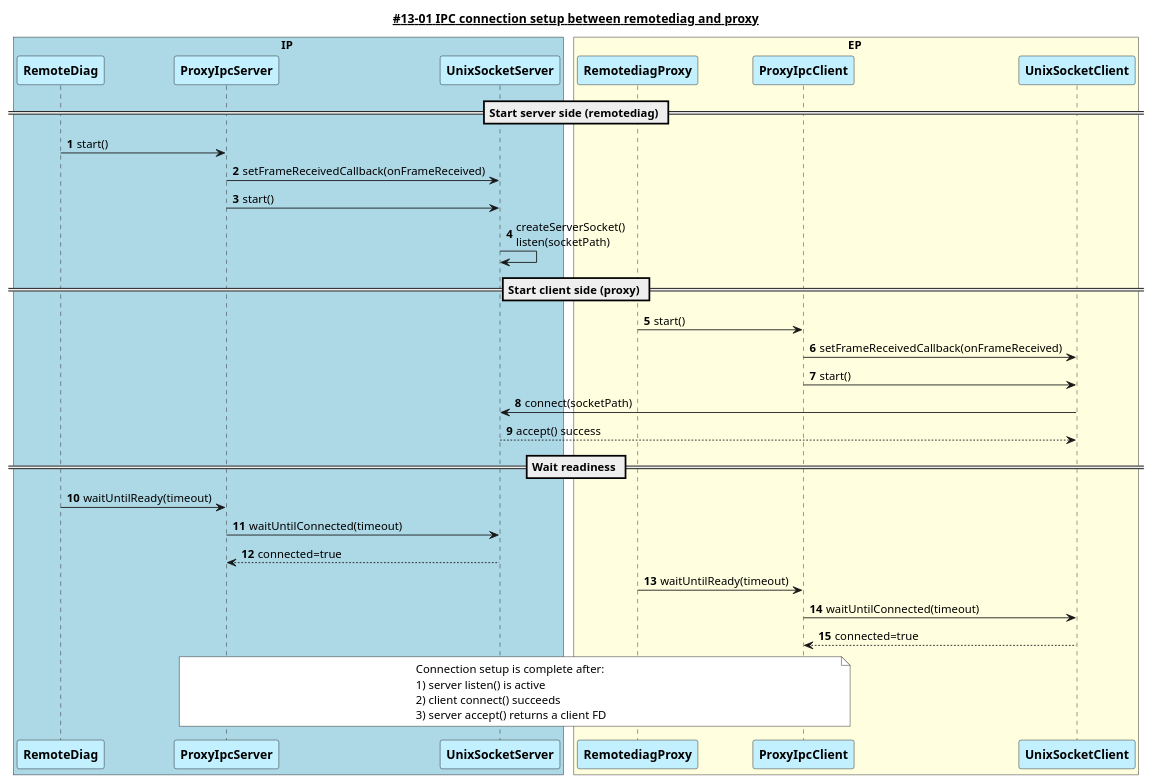
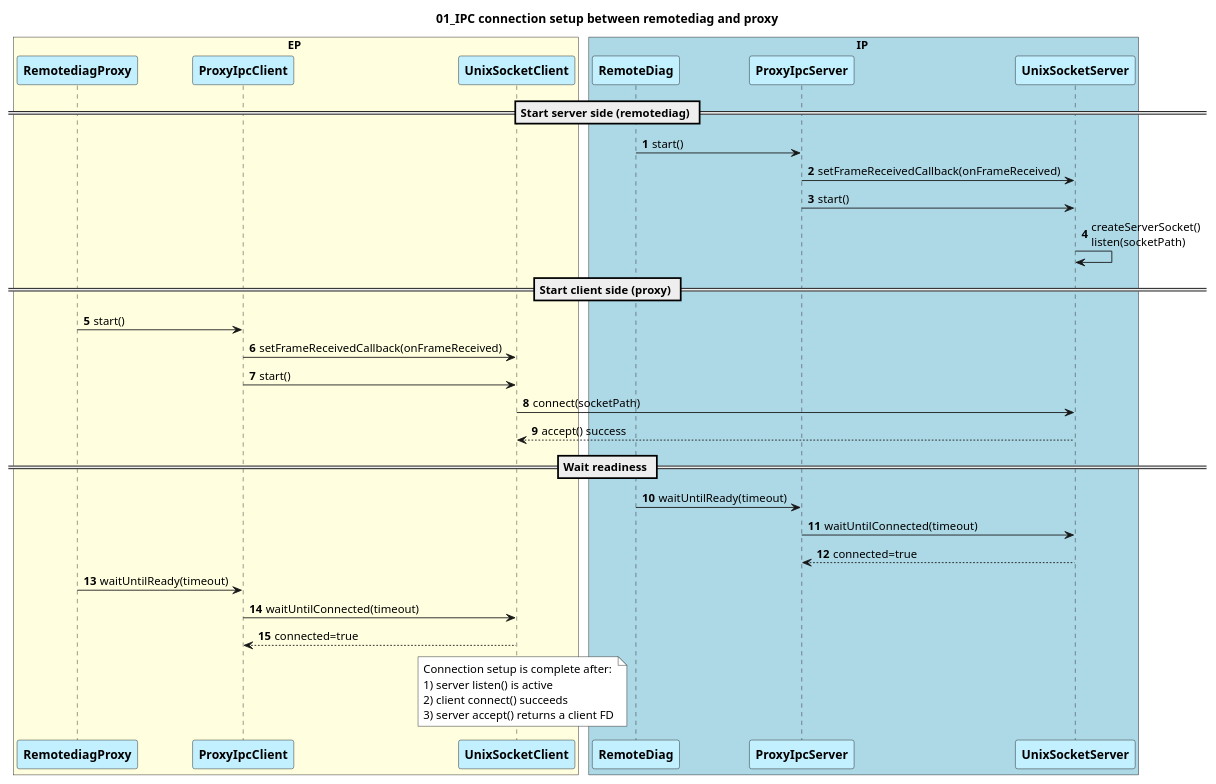
The diagram in design/fe_code/13-01 IPC connection setup between remotediag and proxy.puml (btqt/fe), drawn with PlantUML before and after one commit. The commit also changed 8 other files, not shown here.

```diff
--- a/design/fe_code/13-01 IPC connection setup between remotediag and proxy.puml
+++ b/design/fe_code/13-01 IPC connection setup between remotediag and proxy.puml
@@ -1,49 +1,51 @@
-@startuml __#13-01 IPC connection setup between remotediag and proxy__
+@startuml #13-01 IPC connection setup between remotediag and proxy__
 
-title __#13-01 IPC connection setup between remotediag and proxy__
+title 01_IPC connection setup between remotediag and proxy
+
 !pragma teoz true
 
 autonumber
+box EP #lightYellow
+    participant "<b>RemotediagProxy" as PROXY #Application
+    participant "<b>ProxyIpcClient" as CLI #Application
+    participant "<b>UnixSocketClient" as USC #Application
+endbox
 
 box IP #lightBlue
     participant "<b>RemoteDiag" as RDG #Application
     participant "<b>ProxyIpcServer" as SRV #Application
     participant "<b>UnixSocketServer" as USS #Application
 endbox
 
-box EP #lightYellow
-    participant "<b>RemotediagProxy" as PROXY #Application
-    participant "<b>ProxyIpcClient" as CLI #Application
-    participant "<b>UnixSocketClient" as USC #Application
-endbox
+
 
 == Start server side (remotediag) ==
 RDG->SRV: start()
 SRV->USS: setFrameReceivedCallback(onFrameReceived)
 SRV->USS: start()
 USS->USS: createServerSocket()\nlisten(socketPath)
 
 == Start client side (proxy) ==
 PROXY->CLI: start()
 CLI->USC: setFrameReceivedCallback(onFrameReceived)
 CLI->USC: start()
 USC->USS: connect(socketPath)
 USS-->USC: accept() success
 
 == Wait readiness ==
 RDG->SRV: waitUntilReady(timeout)
 SRV->USS: waitUntilConnected(timeout)
 USS-->SRV: connected=true
 
 PROXY->CLI: waitUntilReady(timeout)
 CLI->USC: waitUntilConnected(timeout)
 USC-->CLI: connected=true
 
 note over SRV,CLI #White
 Connection setup is complete after:
 1) server listen() is active
 2) client connect() succeeds
 3) server accept() returns a client FD
 end note
 
 @enduml
```
